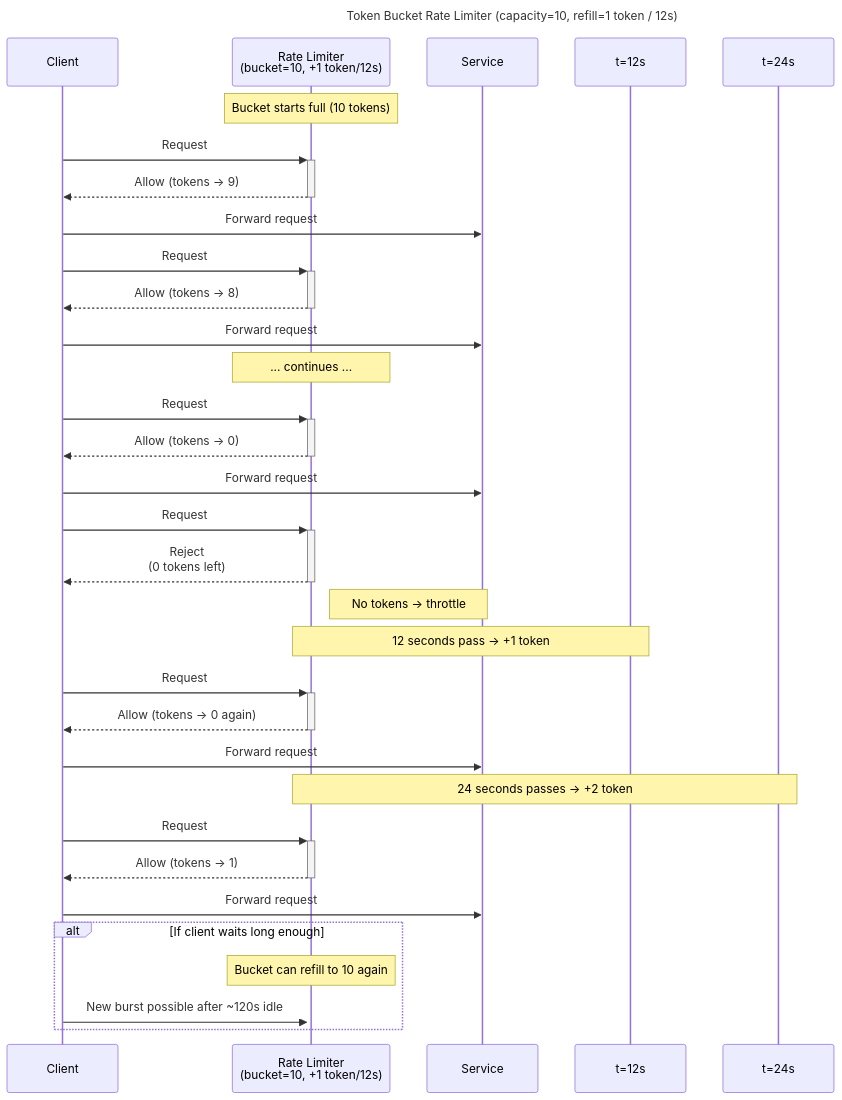
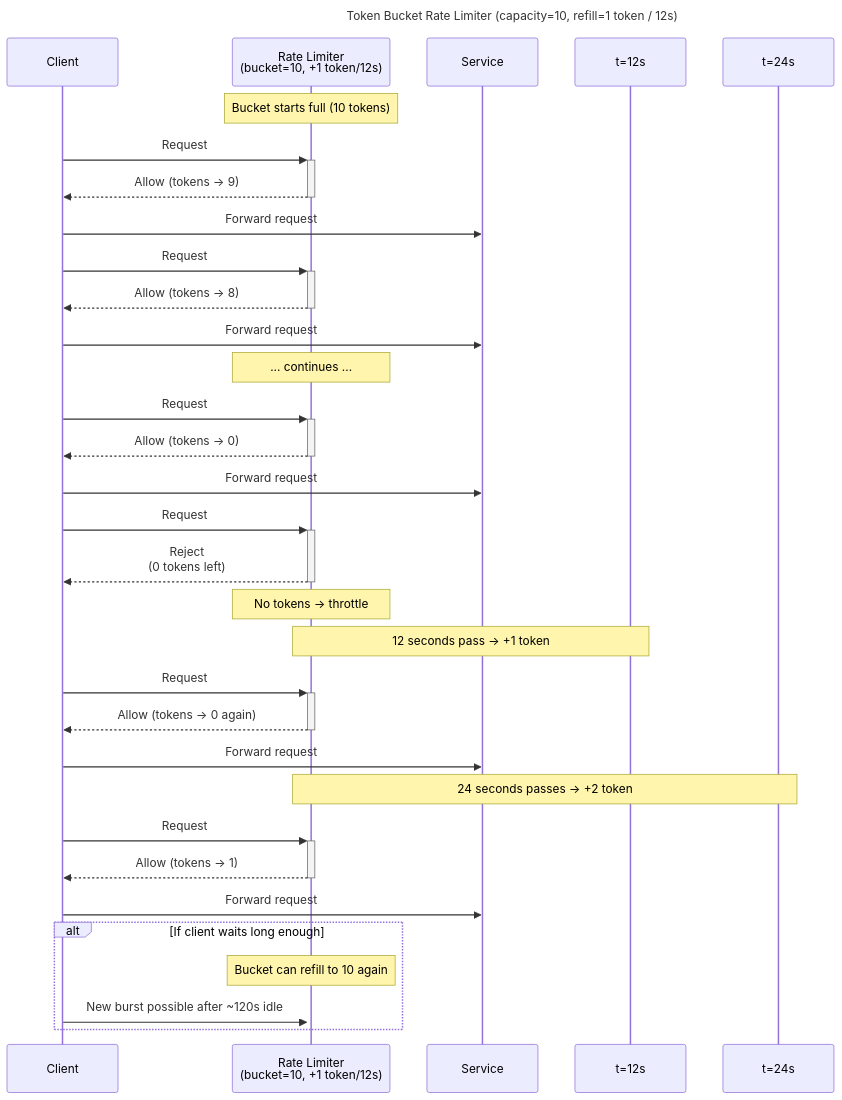
The third of 3 diagrams in README.md (dirtyyuka/distributed-rate-limiter), drawn with Mermaid before and after one commit.

Commit message:
readme updated

````diff
--- a/README.md
+++ b/README.md
@@ -51,48 +51,48 @@
 ```mermaid
 sequenceDiagram
     title Token Bucket Rate Limiter (capacity=10, refill=1 token / 12s)
 
     participant Client
     participant RateLimiter as Rate Limiter<br>(bucket=10, +1 token/12s)
     participant Service
 
     Note over RateLimiter: Bucket starts full (10 tokens)
 
     %% --- Burst phase (can consume up to 10 quickly) ---
     Client->>+RateLimiter: Request #1 (t=0s)
     RateLimiter-->>-Client: Allow (tokens → 9)
     Client->>Service: Forward request
 
     Client->>+RateLimiter: Request #2 (t=0.1s)
     RateLimiter-->>-Client: Allow (tokens → 8)
     Client->>Service: Forward request
 
     Note over RateLimiter: ... continues ...
 
     Client->>+RateLimiter: Request #10 (t=0.9s)
     RateLimiter-->>-Client: Allow (tokens → 0)
     Client->>Service: Forward request
 
     %% --- Now bucket is empty ---
     Client->>+RateLimiter: Request #11 (t=1s)<br>Burst used up
     RateLimiter-->>-Client: Reject<br>(0 tokens left)
-    Note right of RateLimiter: No tokens → throttle
+    Note over RateLimiter: No tokens → throttle
 
     %% --- Time passes → tokens refill ---
     Note over RateLimiter,t=12s: 12 seconds pass → +1 token
 
     Client->>+RateLimiter: Request #12 (t=12.1s)
     RateLimiter-->>-Client: Allow (tokens → 0 again)
     Client->>Service: Forward request
 
     Note over RateLimiter,t=24s: 24 seconds passes → +2 token
 
     Client->>+RateLimiter: Request #13 (t=24.1s)
     RateLimiter-->>-Client: Allow (tokens → 1)
     Client->>Service: Forward request
 
     alt If client waits long enough
         Note over RateLimiter: Bucket can refill to 10 again
         Client->>+RateLimiter: New burst possible after ~120s idle
     end
 ```
````
